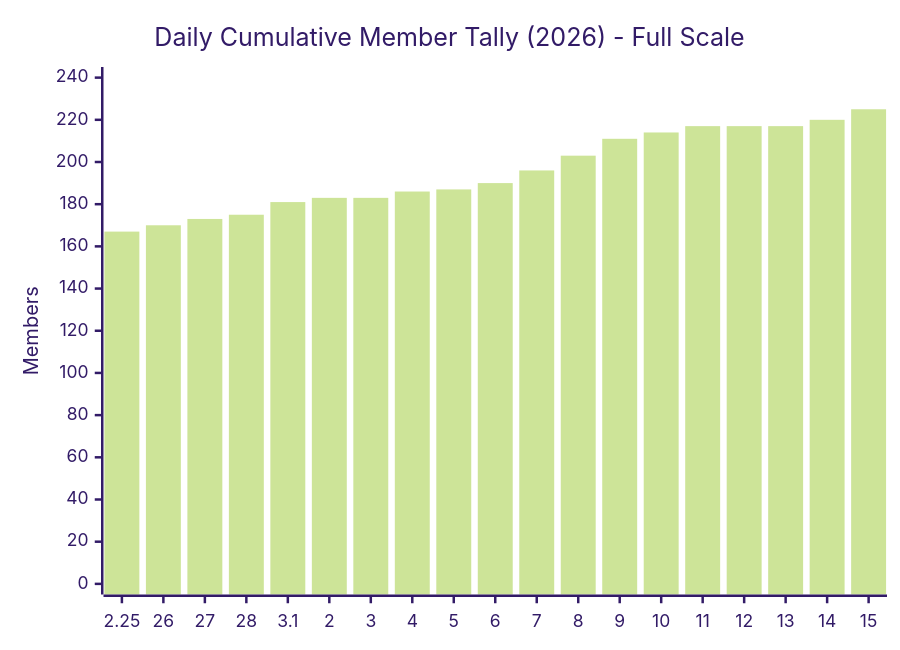
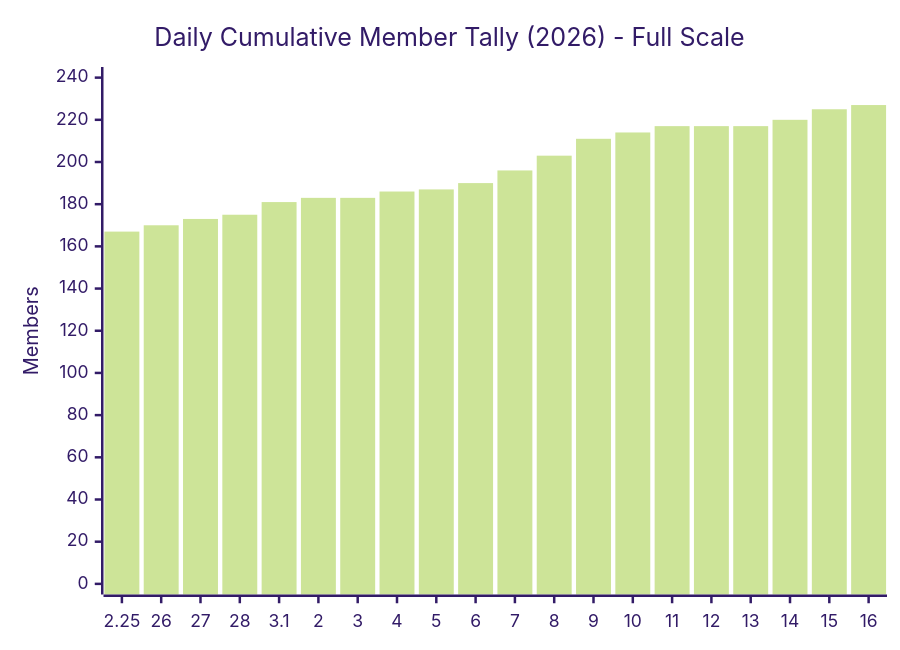
The first of 3 diagrams in exports/charts/daily-cumulative-member-tally-2026.md (MattSherwood/March-web), drawn with Mermaid (forest theme) before and after one commit. The commit also changed other lines of this file and 4 other files, not shown here.

````diff
--- a/exports/charts/daily-cumulative-member-tally-2026.md
+++ b/exports/charts/daily-cumulative-member-tally-2026.md
@@ -5,7 +5,7 @@
 ```mermaid
 xychart-beta
     title "Daily Cumulative Member Tally (2026) - Full Scale"
-  x-axis ["2.25", "26", "27", "28", "3.1", "2", "3", "4", "5", "6", "7", "8", "9", "10", "11", "12", "13", "14", "15"]
+  x-axis ["2.25", "26", "27", "28", "3.1", "2", "3", "4", "5", "6", "7", "8", "9", "10", "11", "12", "13", "14", "15", "16"]
   y-axis "Members" 0 --> 240
-  bar [167, 170, 173, 175, 181, 183, 183, 186, 187, 190, 196, 203, 211, 214, 217, 217, 217, 220, 225]
+  bar [167, 170, 173, 175, 181, 183, 183, 186, 187, 190, 196, 203, 211, 214, 217, 217, 217, 220, 225, 227]
 ```
````
